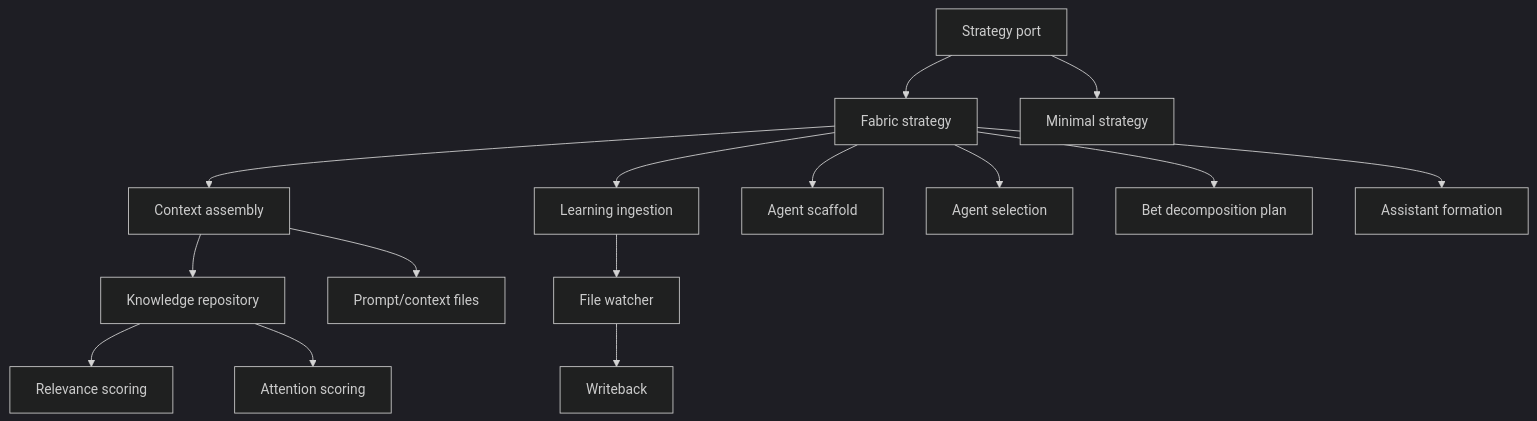
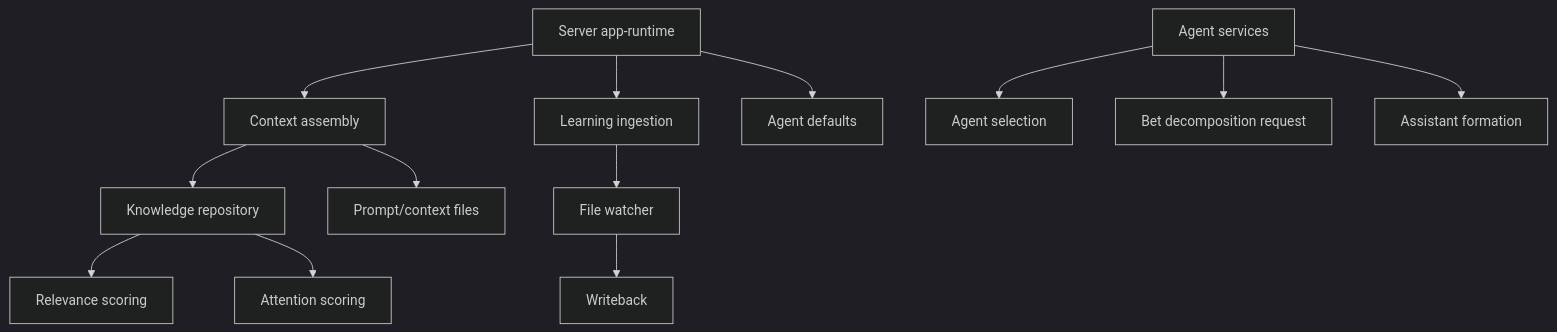
One commit to idle-builders/hyperidle changed the ninth of 12 diagrams in docs/architecture/as-implemented-domain-architecture.md. Above: the diagram before and after it, drawn with Mermaid (dark theme). The commit also changed other lines of this file and 53 other files, not shown here.

Commit message:
fix(AU3): close app runtime split review gaps

````diff
--- a/docs/architecture/as-implemented-domain-architecture.md
+++ b/docs/architecture/as-implemented-domain-architecture.md
@@ -288,23 +288,19 @@
 ```mermaid
 flowchart TB
-  StrategyPort["Strategy port"]
-  FabricStrategy["Fabric strategy"]
-  MinimalStrategy["Minimal strategy"]
+  AppRuntime["Server app-runtime"]
+  AgentServices["Agent services"]
 
-  StrategyPort --> FabricStrategy
-  StrategyPort --> MinimalStrategy
-
-  FabricStrategy --> ContextAssembly["Context assembly"]
-  FabricStrategy --> LearningIngestion["Learning ingestion"]
-  FabricStrategy --> AgentScaffold["Agent scaffold"]
-  FabricStrategy --> AgentSelection["Agent selection"]
-  FabricStrategy --> BetDecompose["Bet decomposition plan"]
-  FabricStrategy --> AssistantForm["Assistant formation"]
+  AppRuntime --> ContextAssembly["Context assembly"]
+  AppRuntime --> LearningIngestion["Learning ingestion"]
+  AppRuntime --> AgentDefaults["Agent defaults"]
+  AgentServices --> AgentSelection["Agent selection"]
+  AgentServices --> BetDecompose["Bet decomposition request"]
+  AgentServices --> AssistantForm["Assistant formation"]
 
   ContextAssembly --> KnowledgeRepo["Knowledge repository"]
   ContextAssembly --> PromptFiles["Prompt/context files"]
   LearningIngestion --> FileWatcher["File watcher"]
   FileWatcher --> Writeback["Writeback"]
   KnowledgeRepo --> Relevance["Relevance scoring"]
   KnowledgeRepo --> Attention["Attention scoring"]
 ```
````
